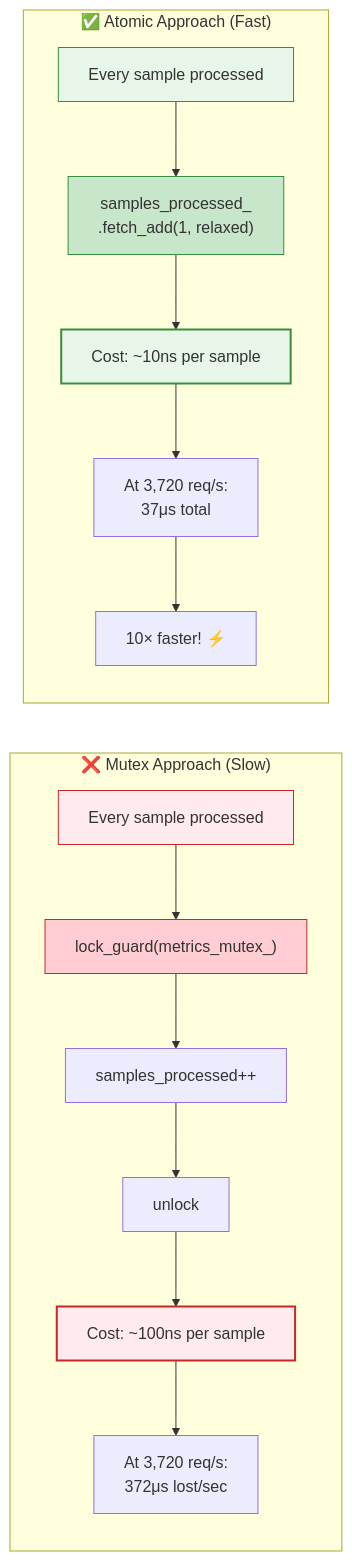
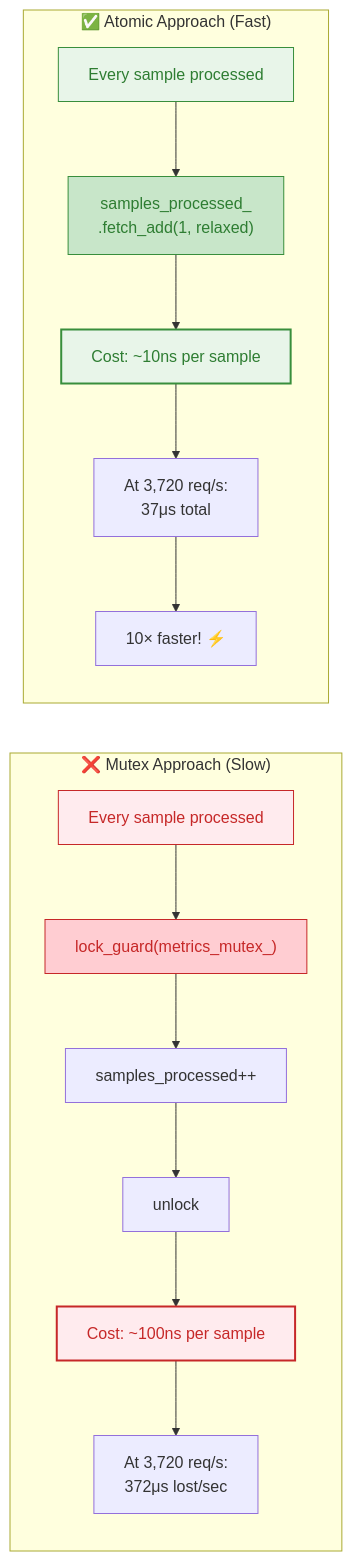
One commit to amareshkumar/telemetryhub changed the seventh of 10 diagrams in docs/MULTITHREADING_ARCHITECTURE_DIAGRAM.md. Above: the diagram before and after it, drawn with Mermaid. The commit also changed other lines of this file and 7 other files, not shown here.

````diff
--- a/docs/MULTITHREADING_ARCHITECTURE_DIAGRAM.md
+++ b/docs/MULTITHREADING_ARCHITECTURE_DIAGRAM.md
@@ -381,29 +381,29 @@
 ```mermaid
 flowchart LR
     subgraph Mutex["❌ Mutex Approach (Slow)"]
         direction TB
         M1["Every sample processed"]
         M2["lock_guard(metrics_mutex_)"]
         M3["samples_processed++"]
         M4["unlock"]
         M5["Cost: ~100ns per sample"]
         M6["At 3,720 req/s:<br/>372μs lost/sec"]
         M1 --> M2 --> M3 --> M4 --> M5 --> M6
-        style M1 fill:#ffebee,stroke:#c62828
-        style M2 fill:#ffcdd2,stroke:#c62828
-        style M5 fill:#ffebee,stroke:#c62828,stroke-width:2px
+        style M1 fill:#ffebee,stroke:#c62828,color:#c62828
+        style M2 fill:#ffcdd2,stroke:#c62828,color:#c62828
+        style M5 fill:#ffebee,stroke:#c62828,stroke-width:2px,color:#c62828
     end
     
     subgraph Atomic["✅ Atomic Approach (Fast)"]
         direction TB
         A1["Every sample processed"]
         A2["samples_processed_<br/>.fetch_add(1, relaxed)"]
         A3["Cost: ~10ns per sample"]
         A4["At 3,720 req/s:<br/>37μs total"]
         A5["10× faster! ⚡"]
         A1 --> A2 --> A3 --> A4 --> A5
-        style A1 fill:#e8f5e9,stroke:#388e3c
-        style A2 fill:#c8e6c9,stroke:#388e3c
-        style A3 fill:#e8f5e9,stroke:#388e3c,stroke-width:2px
+        style A1 fill:#e8f5e9,stroke:#388e3c,color:#2e7d32
+        style A2 fill:#c8e6c9,stroke:#388e3c,color:#2e7d32
+        style A3 fill:#e8f5e9,stroke:#388e3c,stroke-width:2px,color:#2e7d32
     end
 ```
````
